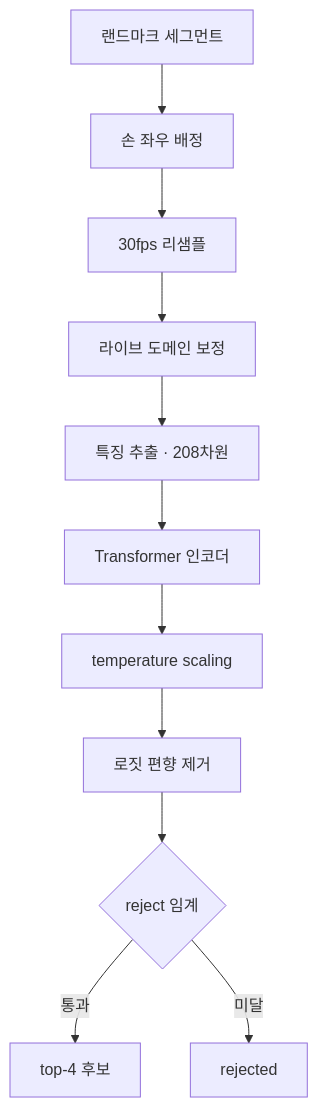
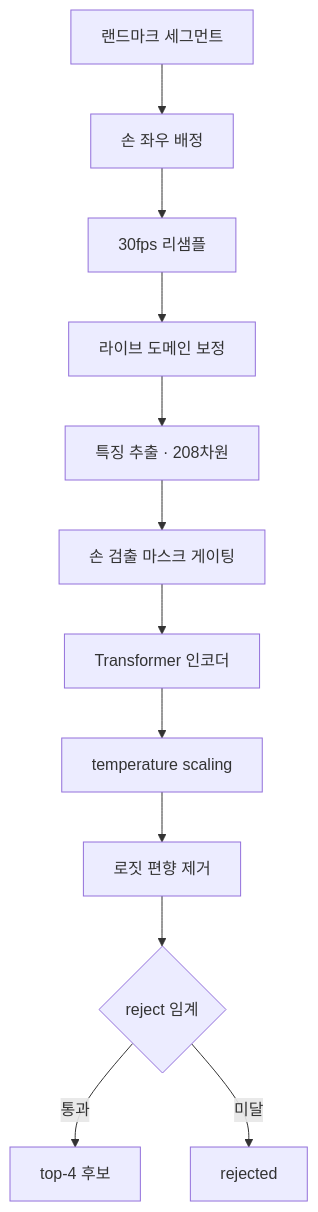
Before and after one commit to Ear-Dream/Ear-Dream-Core: the fourth of 6 diagrams in docs/architecture.md, drawn with Mermaid. The commit also changed other lines of this file and 14 other files, not shown here.

````diff
--- a/docs/architecture.md
+++ b/docs/architecture.md
@@ -75,13 +75,14 @@
 ```mermaid
 flowchart TB
   IN["랜드마크 세그먼트"] --> ASM["손 좌우 배정"]
   ASM --> RS["30fps 리샘플"]
   RS --> DOM["라이브 도메인 보정"]
   DOM --> FEAT["특징 추출 · 208차원"]
-  FEAT --> ENC["Transformer 인코더"]
+  FEAT --> GATE["손 검출 마스크 게이팅"]
+  GATE --> ENC["Transformer 인코더"]
   ENC --> CAL["temperature scaling"]
   CAL --> DEB["로짓 편향 제거"]
   DEB --> TH{"reject 임계"}
   TH -->|"통과"| TOP["top-4 후보"]
   TH -->|"미달"| REJ["rejected"]
 ```
````
